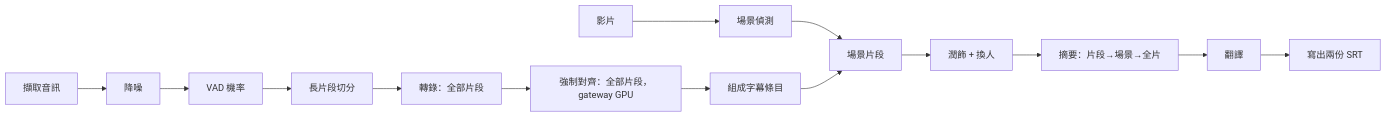
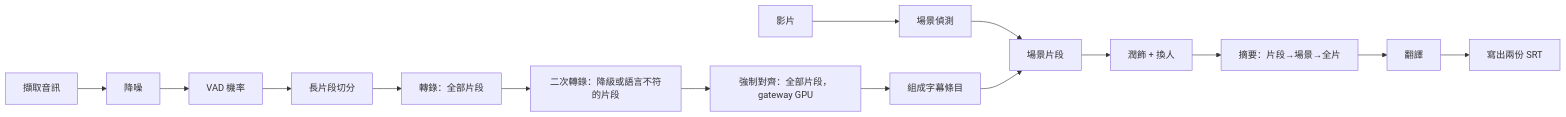
Before and after one commit to lanyitin/runline: the first of 2 diagrams in docs/stable/transcribe-scenes/README.md, drawn with Mermaid. The commit also changed other lines of this file and 14 other files, not shown here.

````diff
--- a/docs/stable/transcribe-scenes/README.md
+++ b/docs/stable/transcribe-scenes/README.md
@@ -25,8 +26,8 @@
 ```mermaid
 flowchart LR
   A[擷取音訊] --> B[降噪] --> C[VAD 機率] --> D[長片段切分]
-  D --> E[轉錄：全部片段] --> F[強制對齊：全部片段，gateway GPU] --> G[組成字幕條目]
+  D --> E[轉錄：全部片段] --> E2[二次轉錄：降級或語言不符的片段] --> F[強制對齊：全部片段，gateway GPU] --> G[組成字幕條目]
   V[影片] --> S[場景偵測] --> T[場景片段]
   G --> T
   T --> P[潤飾 + 換人] --> M[摘要：片段→場景→全片] --> X[翻譯] --> O[寫出兩份 SRT]
 ```
````
